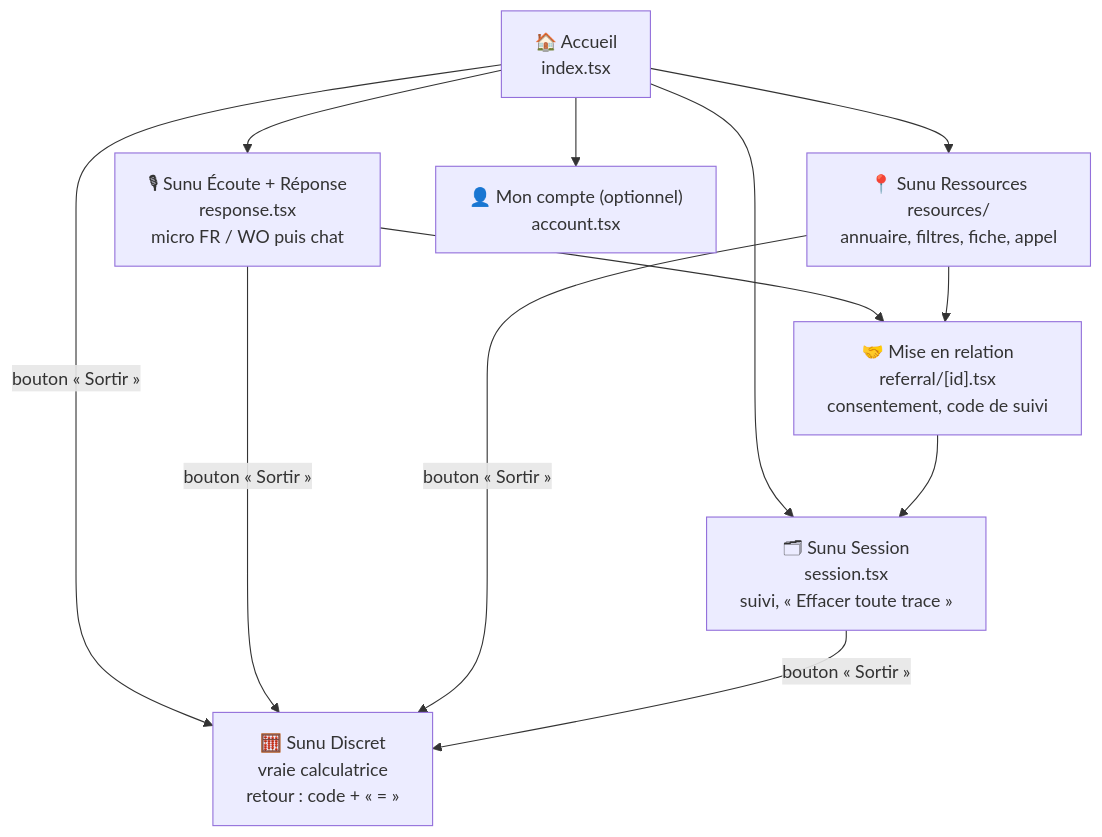
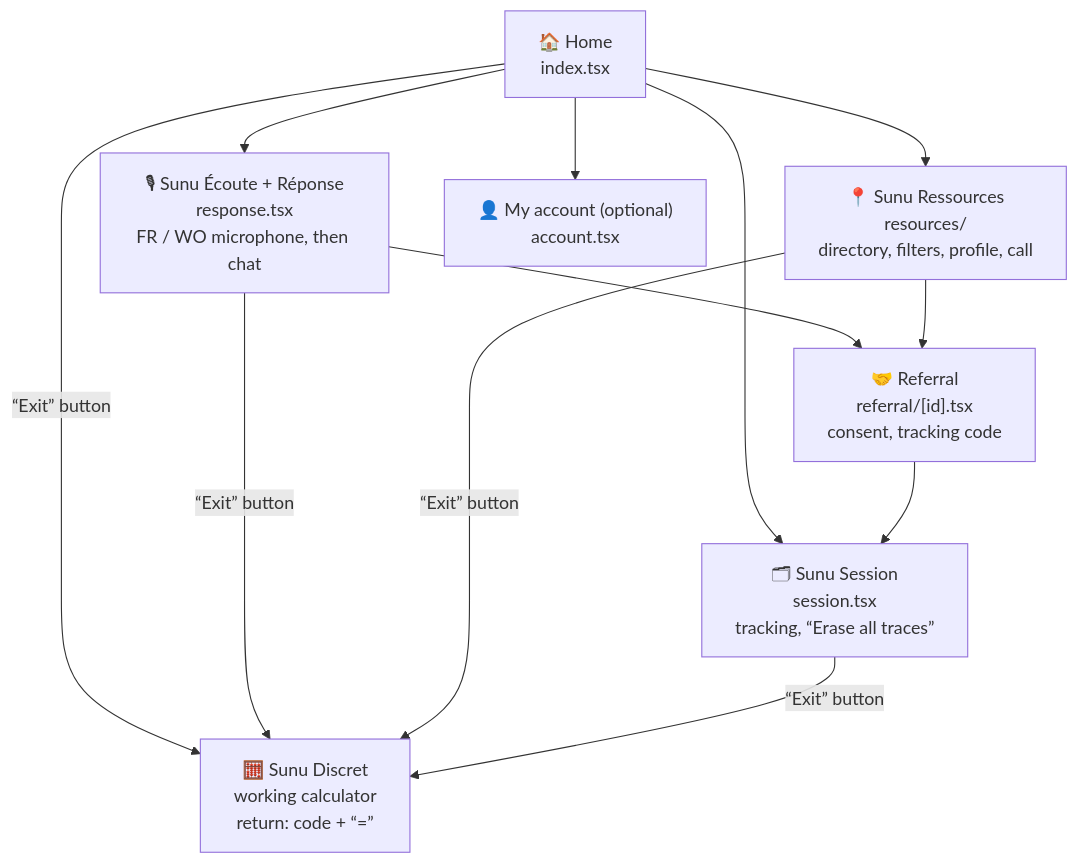
Before and after one commit to Dioumadev221/SUNUSAFEGUARD: diagram 14 of 17 in README.md, drawn with Mermaid. The commit also changed other lines of this file and 1 other file, not shown here.

````diff
--- a/README.md
+++ b/README.md
@@ -624,11 +639,11 @@
 ```mermaid
 flowchart TB
-    HOME["🏠 Accueil<br/>index.tsx"] --> ECOUTE["🎙 Sunu Écoute + Réponse<br/>response.tsx<br/>micro FR / WO puis chat"]
-    HOME --> RES["📍 Sunu Ressources<br/>resources/<br/>annuaire, filtres, fiche, appel"]
-    HOME --> SES["🗂 Sunu Session<br/>session.tsx<br/>suivi, « Effacer toute trace »"]
-    HOME --> ACC["👤 Mon compte (optionnel)<br/>account.tsx"]
-    ECOUTE --> REF["🤝 Mise en relation<br/>referral/[id].tsx<br/>consentement, code de suivi"]
+    HOME["🏠 Home<br/>index.tsx"] --> LISTEN["🎙 Sunu Écoute + Réponse<br/>response.tsx<br/>FR / WO microphone, then chat"]
+    HOME --> RES["📍 Sunu Ressources<br/>resources/<br/>directory, filters, profile, call"]
+    HOME --> SES["🗂 Sunu Session<br/>session.tsx<br/>tracking, “Erase all traces”"]
+    HOME --> ACC["👤 My account (optional)<br/>account.tsx"]
+    LISTEN --> REF["🤝 Referral<br/>referral/[id].tsx<br/>consent, tracking code"]
     RES --> REF
     REF --> SES
-    HOME & ECOUTE & RES & SES -->|"bouton « Sortir »"| DISC["🧮 Sunu Discret<br/>vraie calculatrice<br/>retour : code + « = »"]
+    HOME & LISTEN & RES & SES -->|"“Exit” button"| DISC["🧮 Sunu Discret<br/>working calculator<br/>return: code + “=”"]
 ```
````
